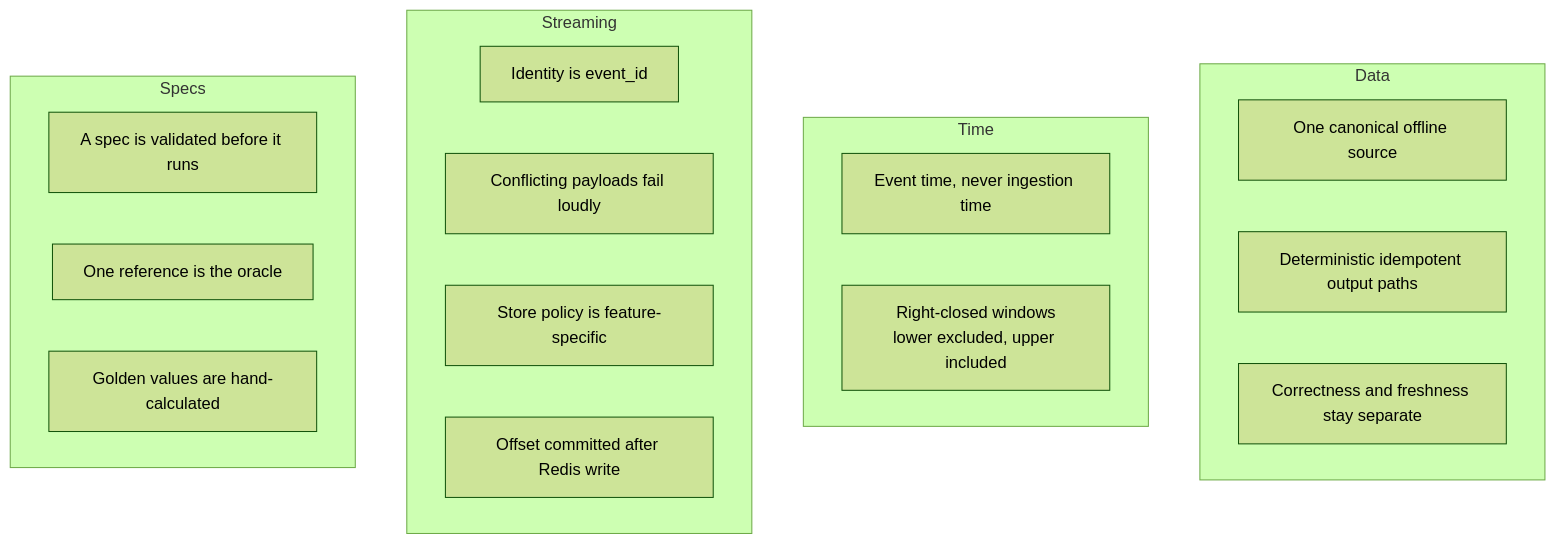
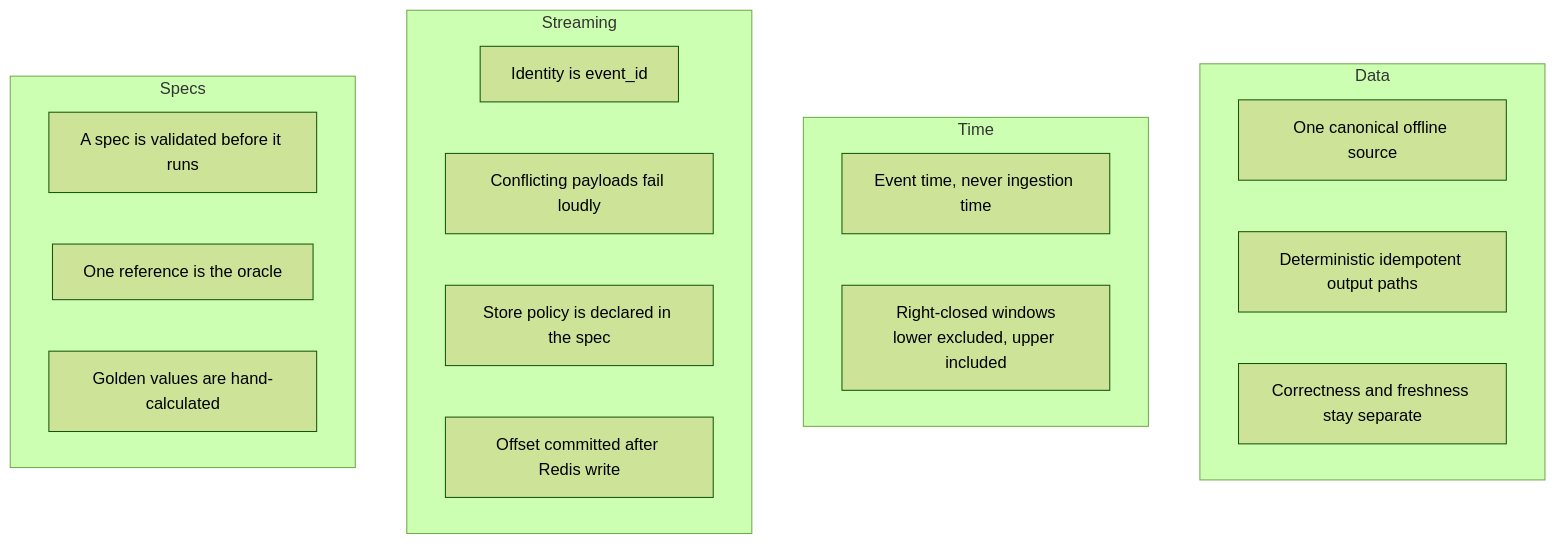
Before and after one commit to oster-dev/featureforge: the second of 3 diagrams in CONTRIBUTING.md, drawn with Mermaid (forest theme). The commit also changed other lines of this file and 8 other files, not shown here.

````diff
--- a/CONTRIBUTING.md
+++ b/CONTRIBUTING.md
@@ -115,23 +119,23 @@
 ```mermaid
 flowchart TD
     subgraph Data
         C1[One canonical offline source]
         C2[Deterministic idempotent output paths]
         C3[Correctness and freshness stay separate]
     end
     subgraph Time
         T1[Event time, never ingestion time]
         T2[Right-closed windows<br/>lower excluded, upper included]
     end
     subgraph Streaming
         S1[Identity is event_id]
         S2[Conflicting payloads fail loudly]
-        S3[Store policy is feature-specific]
+        S3[Store policy is declared in the spec]
         S4[Offset committed after Redis write]
     end
     subgraph Specs
         P1[A spec is validated before it runs]
         P2[One reference is the oracle]
         P3[Golden values are hand-calculated]
     end
 ```
````
